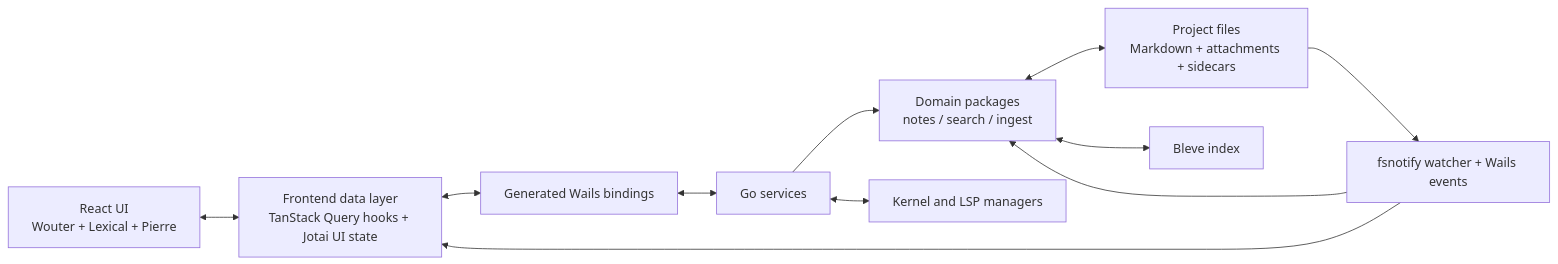
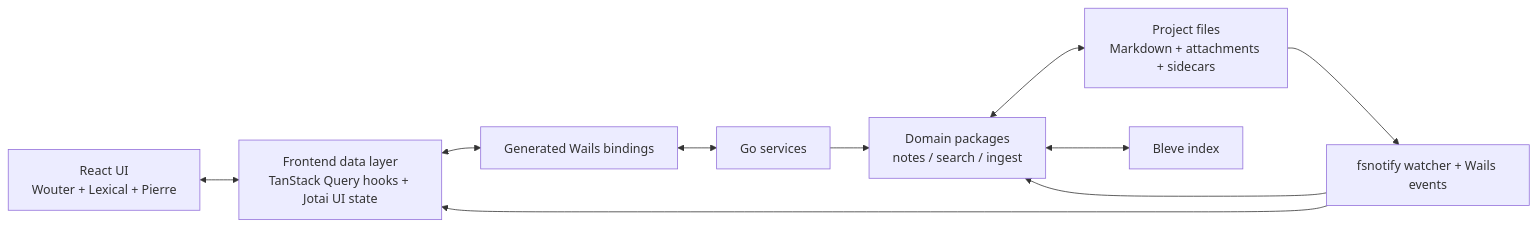
One commit to Etesam913/bytebook changed the diagram in AGENTS.md. Above: the diagram before and after it, drawn with Mermaid. The commit also changed other lines of this file and 128 other files, not shown here.

````diff
--- a/AGENTS.md
+++ b/AGENTS.md
@@ -132,23 +128,21 @@
 ```mermaid
 flowchart LR
   UI["React UI<br/>Wouter + Lexical + Pierre"]
   DATA["Frontend data layer<br/>TanStack Query hooks + Jotai UI state"]
   RPC["Generated Wails bindings"]
   SVC["Go services"]
   DOM["Domain packages<br/>notes / search / ingest"]
   FS["Project files<br/>Markdown + attachments + sidecars"]
   WATCH["fsnotify watcher + Wails events"]
   IDX["Bleve index"]
-  RUNTIME["Kernel and LSP managers"]
 
   UI <--> DATA
   DATA <--> RPC
   RPC <--> SVC
   SVC --> DOM
-  SVC <--> RUNTIME
   DOM <--> FS
   DOM <--> IDX
   FS --> WATCH
   WATCH --> DOM
   WATCH --> DATA
 ```
````
